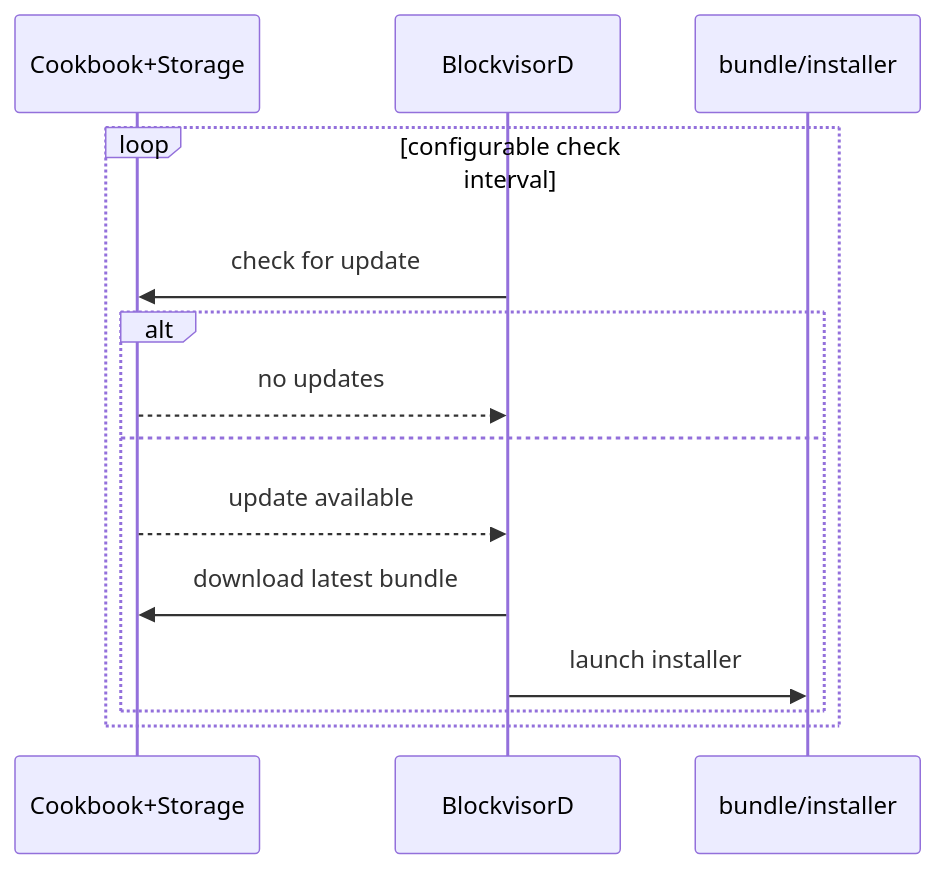
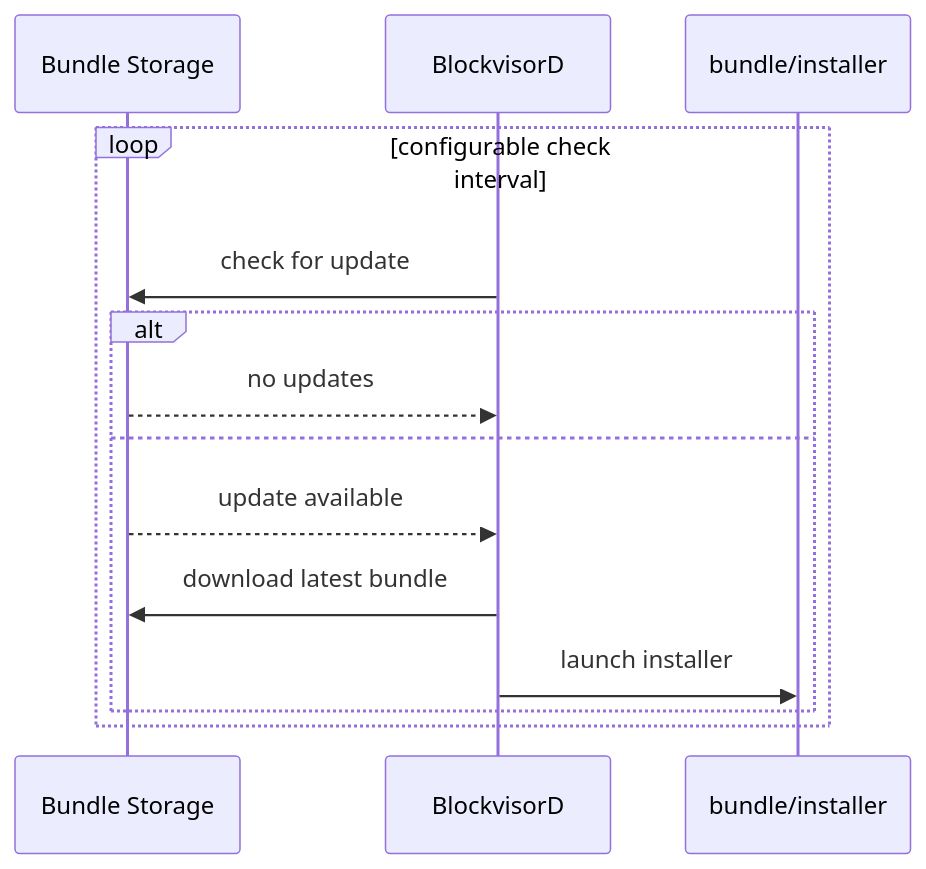
Before and after one commit to nodexeus/blockvisor: the fourth of 6 diagrams in README.md, drawn with Mermaid. The commit also changed other lines of this file and 2 other files, not shown here.

Commit message:
docs: README update

````diff
--- a/README.md
+++ b/README.md
@@ -162,17 +162,17 @@
 ```mermaid
 sequenceDiagram
-    participant repo as Cookbook+Storage
+    participant repo as Bundle Storage
     participant bv as BlockvisorD
     participant installer as bundle/installer
     
     loop configurable check interval
     bv ->> repo: check for update
         alt
             repo -->> bv: no updates
         else
             repo -->> bv: update available
             bv ->> repo: download latest bundle
             bv ->> installer: launch installer
         end
     end
 ```
````
